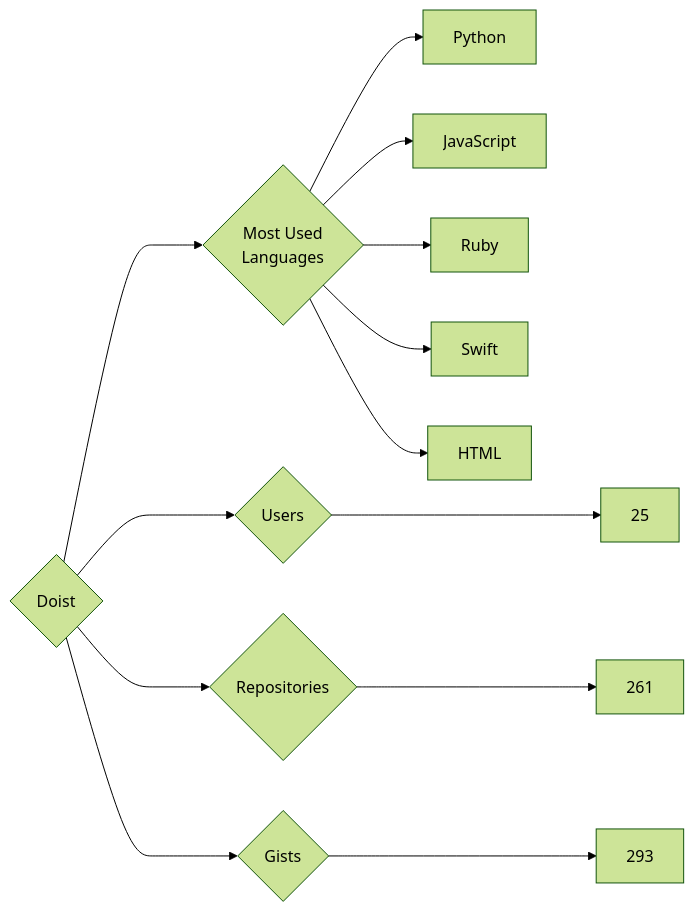
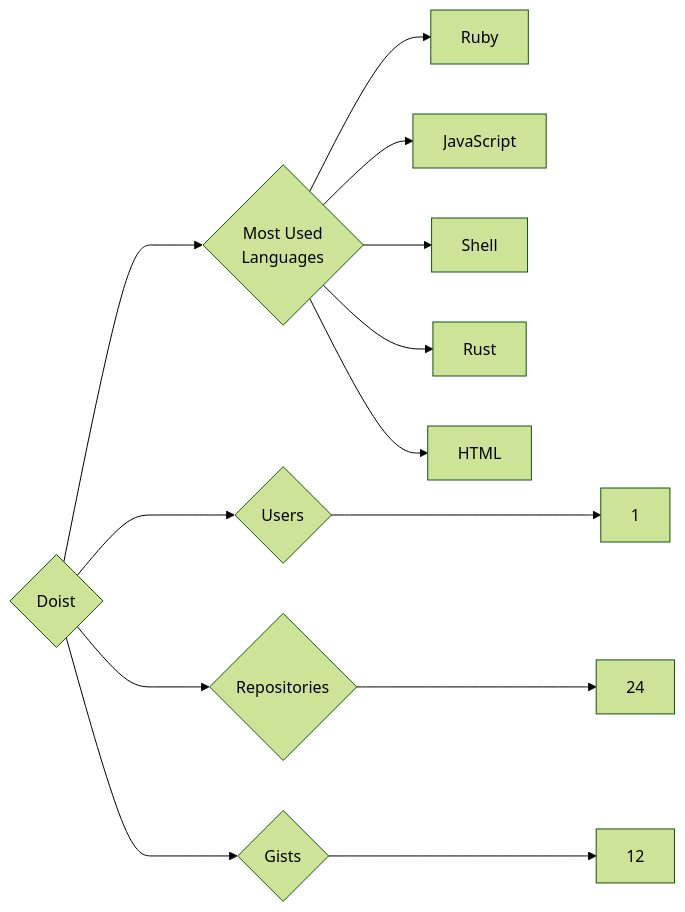
Before and after one commit to trickest/insiders: the diagram in targets/Doist/README.md, drawn with Mermaid (forest theme). The commit also changed 679 other files, not shown here.

````diff
--- a/targets/Doist/README.md
+++ b/targets/Doist/README.md
@@ -3,13 +3,13 @@
 ```mermaid
 graph LR
 COMPANY_NAME{Doist}
-COMPANY_NAME ---> U{Users} ---> UN[25]
-COMPANY_NAME ---> R{Repositories} ---> RN[261]
-COMPANY_NAME ---> G{Gists} ---> GN[293]
+COMPANY_NAME ---> U{Users} ---> UN[1]
+COMPANY_NAME ---> R{Repositories} ---> RN[24]
+COMPANY_NAME ---> G{Gists} ---> GN[12]
 COMPANY_NAME ---> ML{Most Used<br>Languages}
-ML --> Python[Python]
+ML --> Ruby[Ruby]
 ML --> JavaScript[JavaScript]
-ML --> Ruby[Ruby]
-ML --> Swift[Swift]
+ML --> Shell[Shell]
+ML --> Rust[Rust]
 ML --> HTML[HTML]
 ```
````
